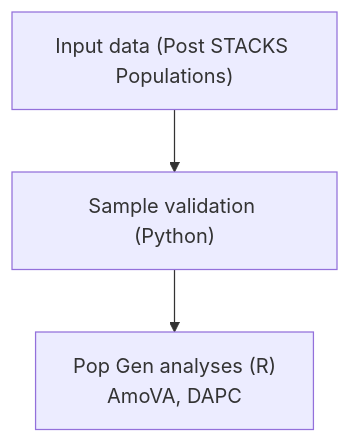
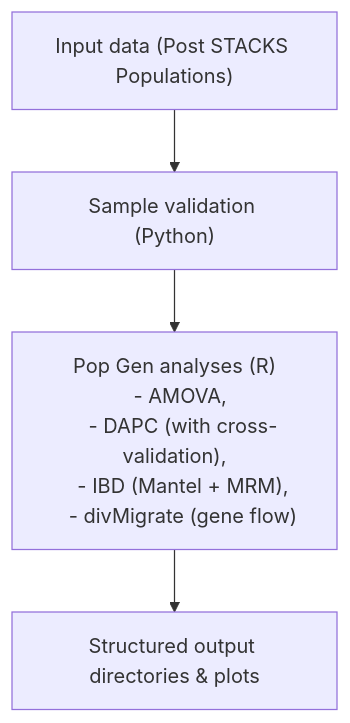
The diagram in README.md (estrasko/Pop-Gen-Pipe), drawn with Mermaid before and after one commit. The commit also changed other lines of this file, not shown here.

Commit message:
Finished mermaid workflow plot

````diff
--- a/README.md
+++ b/README.md
@@ -31,10 +31,15 @@
 ```mermaid
 graph TD;
    A-->B
    A["Input data (Post STACKS Populations)"]
    B["Sample validation (Python)"]
    B-->C
    B["Sample validation (Python)"]
    C["Pop Gen analyses (R)
-   AmoVA, DAPC"]
+   - AMOVA, 
+   - DAPC (with cross-validation),
+   - IBD (Mantel + MRM),
+   - divMigrate (gene flow)"]
+   C-->D
+   D["Structured output directories & plots"]
 ```
````
